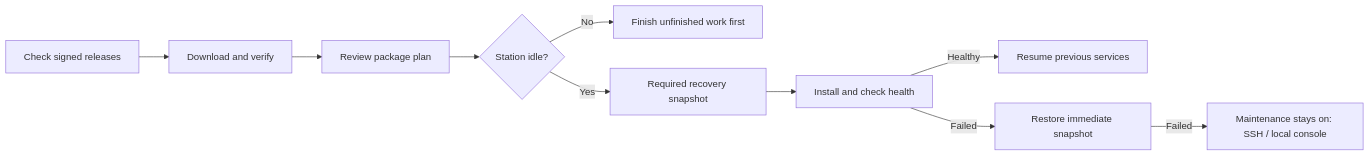
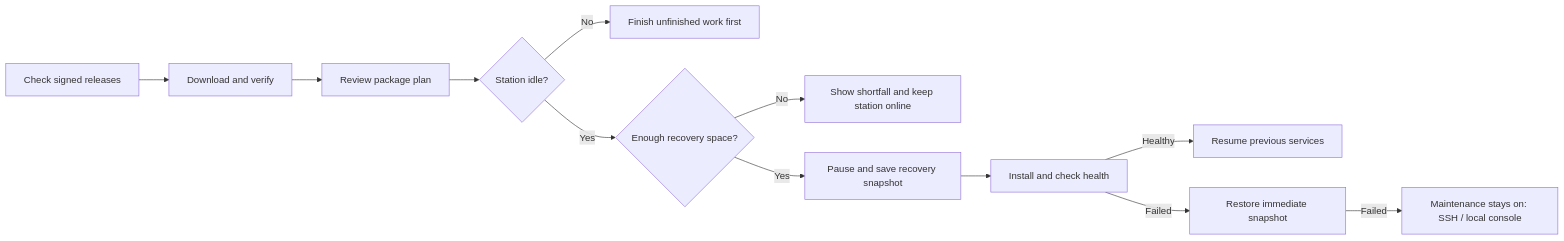
One commit to nimbo78/cmprovision changed the diagram in docs/updates.md. Above: the diagram before and after it, drawn with Mermaid. The commit also changed other lines of this file and 25 other files, not shown here.

Commit message:
fix(updates): check recovery space before pausing and persist snapshots

````diff
--- a/docs/updates.md
+++ b/docs/updates.md
@@ -10,12 +10,14 @@
 ```mermaid
 flowchart LR
   Check[Check signed releases] --> Download[Download and verify]
   Download --> Review[Review package plan]
   Review --> Idle{Station idle?}
   Idle -- No --> Wait[Finish unfinished work first]
-  Idle -- Yes --> Snapshot[Required recovery snapshot]
+  Idle -- Yes --> Space{Enough recovery space?}
+  Space -- No --> Online[Show shortfall and keep station online]
+  Space -- Yes --> Snapshot[Pause and save recovery snapshot]
   Snapshot --> Apply[Install and check health]
   Apply -- Healthy --> Ready[Resume previous services]
   Apply -- Failed --> Rollback[Restore immediate snapshot]
   Rollback -- Failed --> SSH[Maintenance stays on: SSH / local console]
 ```
````
